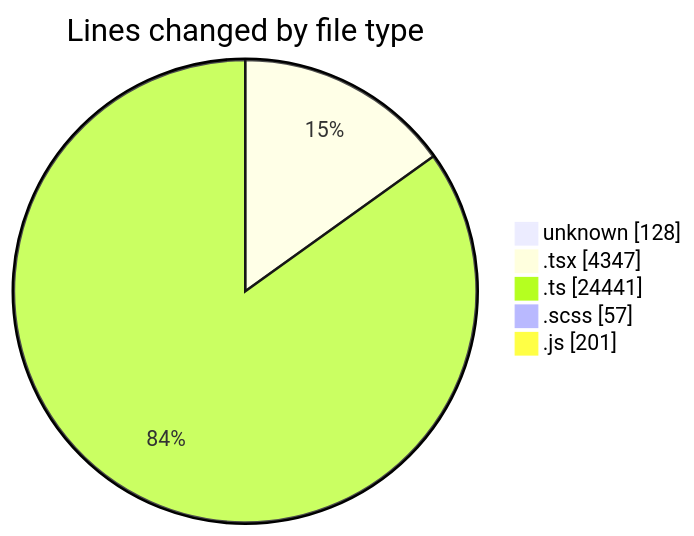
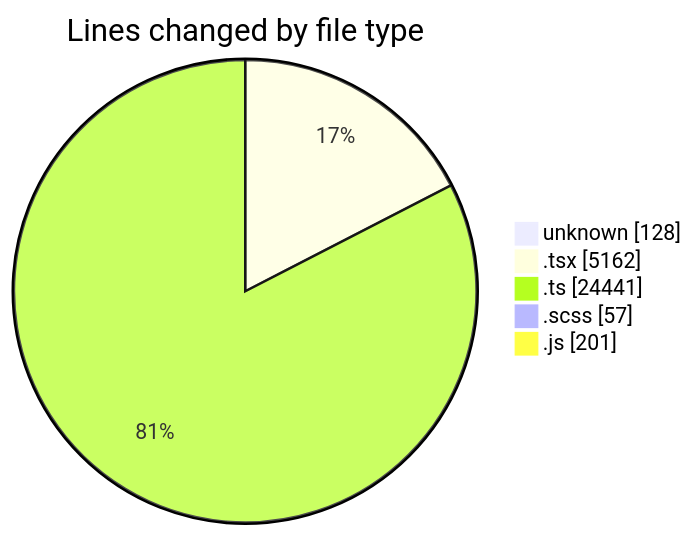
One commit to momahboobian/code-tracking changed the first of 2 diagrams in 2026-09-23/cda/README.md. Above: the diagram before and after it, drawn with Mermaid. The commit also changed other lines of this file and 1 other file, not shown here.

````diff
--- a/2026-09-23/cda/README.md
+++ b/2026-09-23/cda/README.md
@@ -57,9 +57,9 @@
 ```mermaid
 pie showData
 title Lines changed by file type
 "unknown" : 128
-".tsx" : 4347
+".tsx" : 5162
 ".ts" : 24441
 ".scss" : 57
 ".js" : 201
 ```
````
